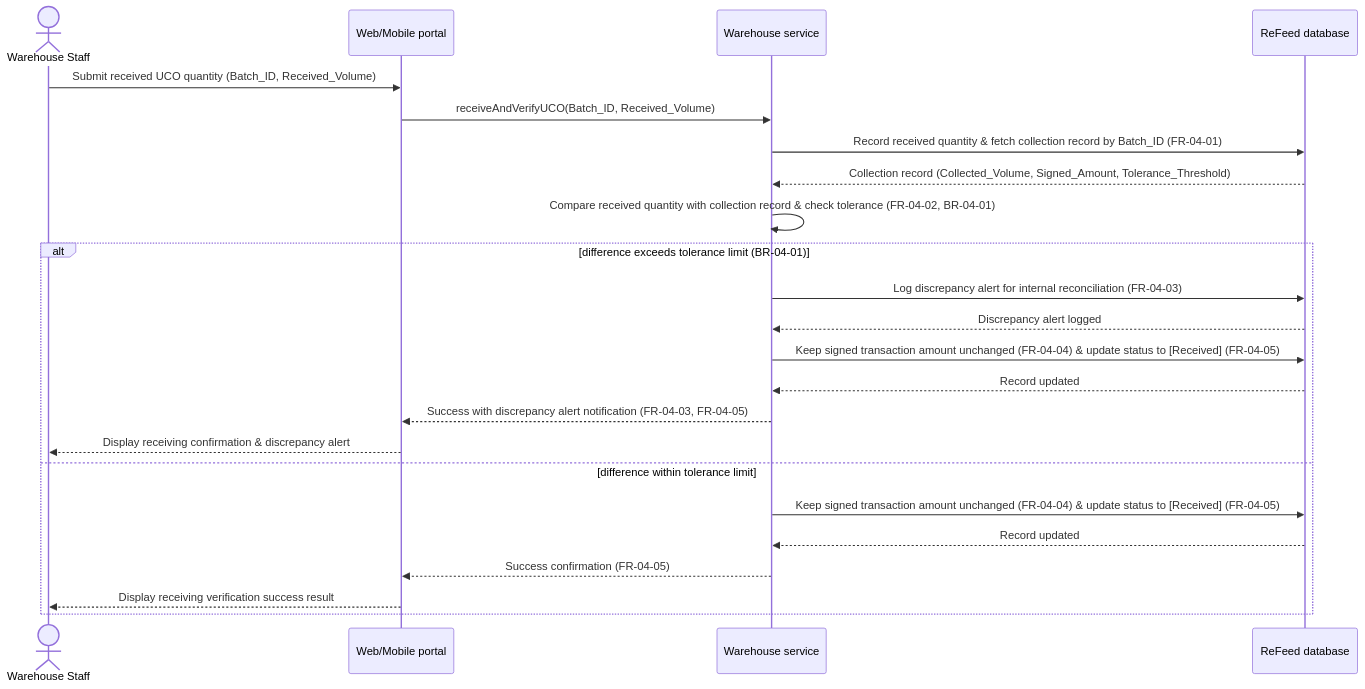
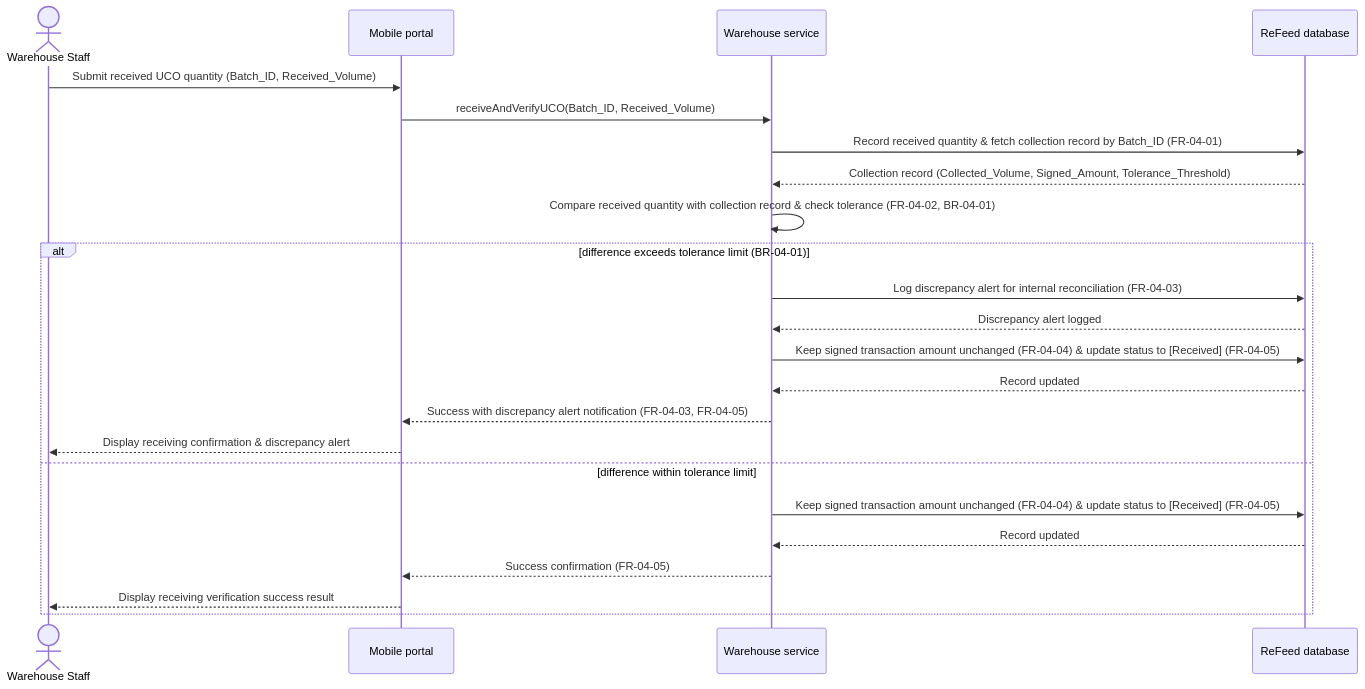
One commit to thuyvicbh-alt/DBIZ2---GROUP-D changed the diagram in docs/use-case/SD-UC-10.md. Above: the diagram before and after it, drawn with Mermaid.

````diff
--- a/docs/use-case/SD-UC-10.md
+++ b/docs/use-case/SD-UC-10.md
@@ -13,28 +13,28 @@
 ```mermaid
 sequenceDiagram
   actor W as Warehouse Staff
-  participant P as Web/Mobile portal
+  participant P as Mobile portal
   participant WService as Warehouse service
   participant D as ReFeed database
 
   W->>P: Submit received UCO quantity (Batch_ID, Received_Volume)
   P->>WService: receiveAndVerifyUCO(Batch_ID, Received_Volume)
   WService->>D: Record received quantity & fetch collection record by Batch_ID (FR-04-01)
   D-->>WService: Collection record (Collected_Volume, Signed_Amount, Tolerance_Threshold)
   
   WService->>WService: Compare received quantity with collection record & check tolerance (FR-04-02, BR-04-01)
 
   alt difference exceeds tolerance limit (BR-04-01)
     WService->>D: Log discrepancy alert for internal reconciliation (FR-04-03)
     D-->>WService: Discrepancy alert logged
     WService->>D: Keep signed transaction amount unchanged (FR-04-04) & update status to [Received] (FR-04-05)
     D-->>WService: Record updated
     WService-->>P: Success with discrepancy alert notification (FR-04-03, FR-04-05)
     P-->>W: Display receiving confirmation & discrepancy alert
   else difference within tolerance limit
     WService->>D: Keep signed transaction amount unchanged (FR-04-04) & update status to [Received] (FR-04-05)
     D-->>WService: Record updated
     WService-->>P: Success confirmation (FR-04-05)
     P-->>W: Display receiving verification success result
   end
 ```
````
